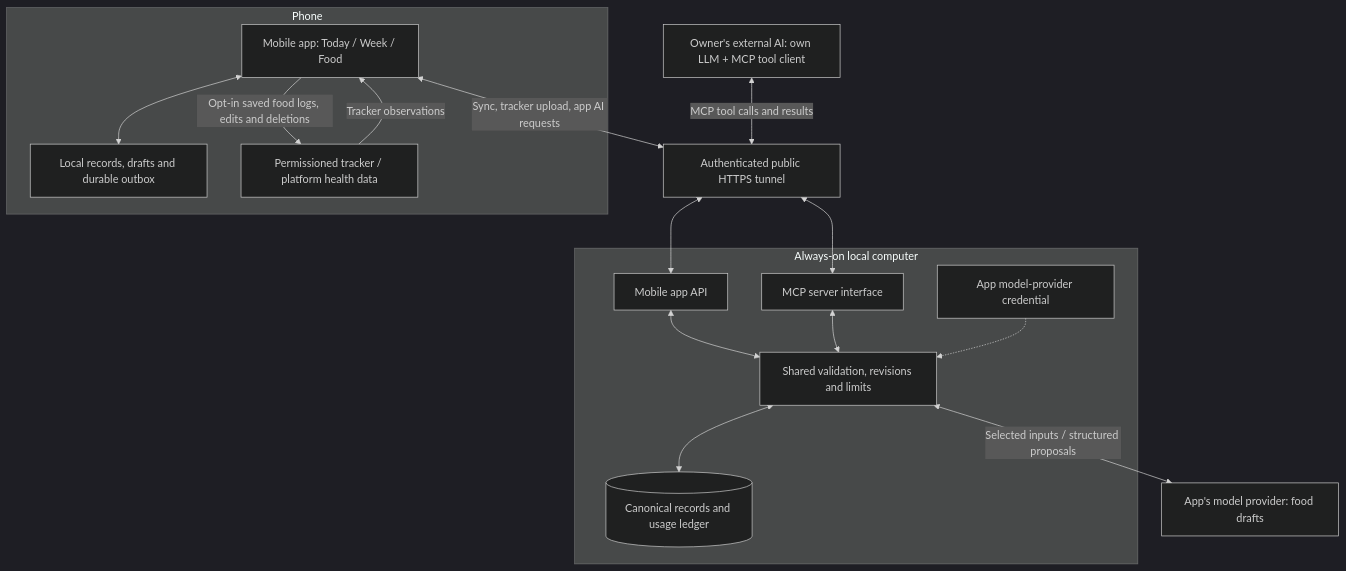
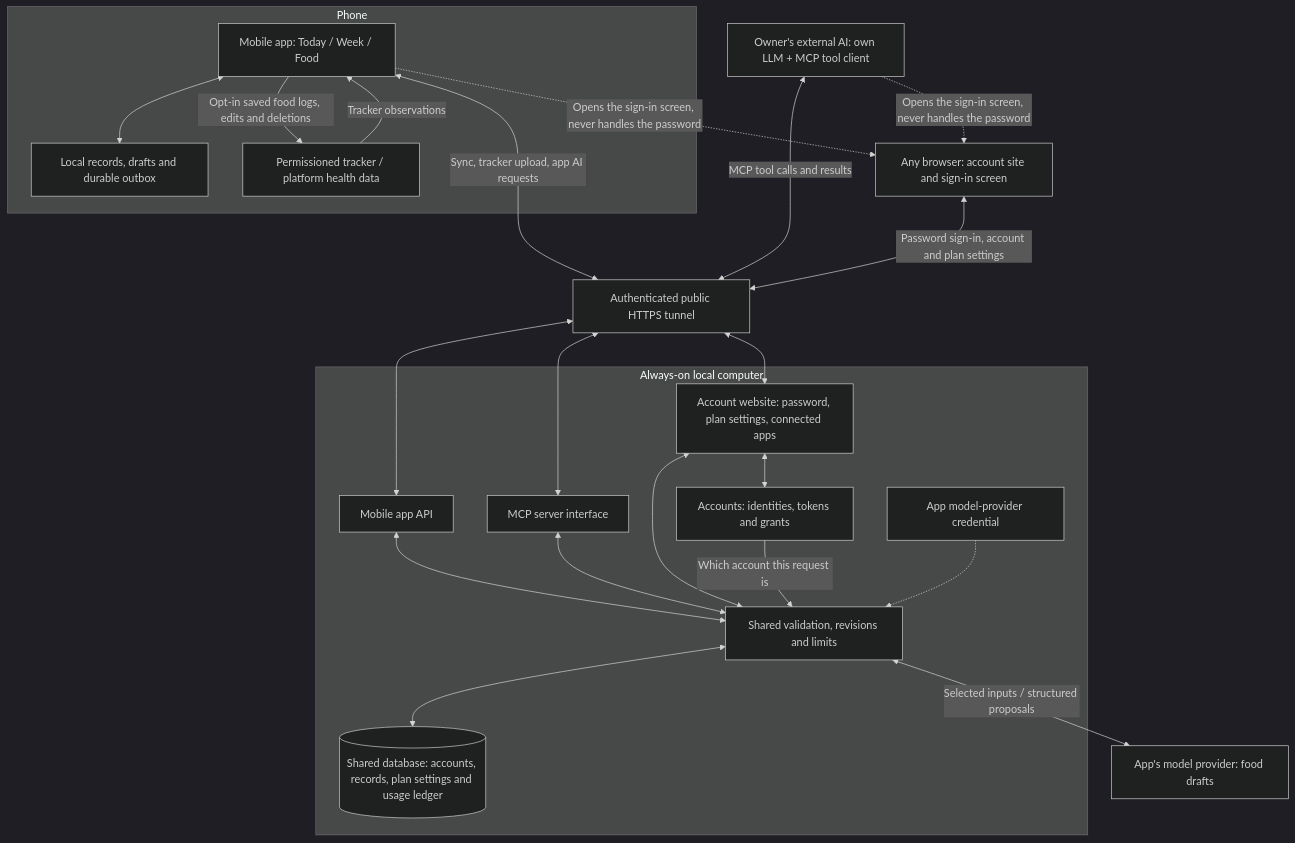
One commit to gwensmu/euros changed the diagram in docs/shareable/PERSONAL_TRAINING_APP_BLUEPRINT.md. Above: the diagram before and after it, drawn with Mermaid (dark theme). The commit also changed other lines of this file and 63 other files, not shown here.

Commit message:
Consolidate accounts into one SQLAlchemy-backed database

````diff
--- a/docs/shareable/PERSONAL_TRAINING_APP_BLUEPRINT.md
+++ b/docs/shareable/PERSONAL_TRAINING_APP_BLUEPRINT.md
@@ -180,30 +181,40 @@
 ```mermaid
 flowchart TB
     subgraph phone["Phone"]
         mobile["Mobile app: Today / Week / Food"]
         cache["Local records, drafts and durable outbox"]
         health["Permissioned tracker / platform health data"]
         mobile <--> cache
         health -->|"Tracker observations"| mobile
         mobile -->|"Opt-in saved food logs, edits and deletions"| health
     end
     agent["Owner's external AI: own LLM + MCP tool client"]
+    browser["Any browser: account site and sign-in screen"]
     tunnel["Authenticated public HTTPS tunnel"]
     mobile <-->|"Sync, tracker upload, app AI requests"| tunnel
     agent <-->|"MCP tool calls and results"| tunnel
+    browser <-->|"Password sign-in, account and plan settings"| tunnel
+    mobile -.->|"Opens the sign-in screen, never handles the password"| browser
+    agent -.->|"Opens the sign-in screen, never handles the password"| browser
     subgraph host["Always-on local computer"]
         api["Mobile app API"]
         mcp["MCP server interface"]
+        site["Account website: password, plan settings, connected apps"]
+        accounts["Accounts: identities, tokens and grants"]
         rules["Shared validation, revisions and limits"]
-        db[("Canonical records and usage ledger")]
+        db[("Shared database: accounts, records, plan settings and usage ledger")]
         secrets["App model-provider credential"]
         api <--> rules
         mcp <--> rules
+        site <--> accounts
+        site <--> rules
+        accounts -->|"Which account this request is"| rules
         rules <--> db
         secrets -.-> rules
     end
     tunnel <--> api
     tunnel <--> mcp
+    tunnel <--> site
     models["App's model provider: food drafts"]
     rules <-->|"Selected inputs / structured proposals"| models
 ```
````
